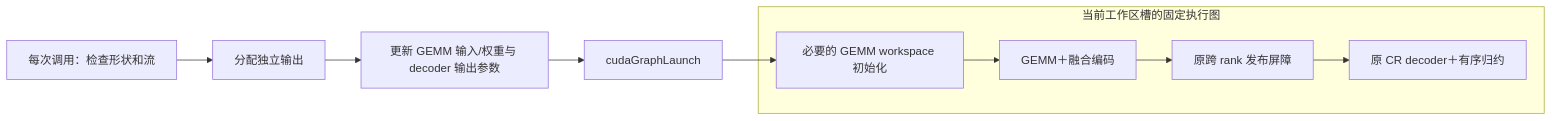
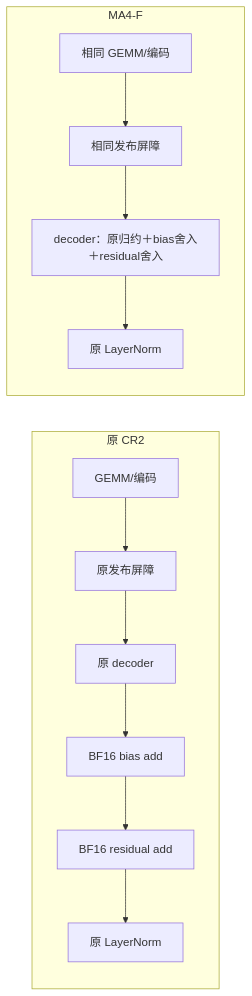
The diagram in docs/design/design-h100/New-Mechanism/ma-4.md (Moon-Run/TempName), drawn with Mermaid before and after one commit. The commit also changed other lines of this file and 45 other files, not shown here.

````diff
--- a/docs/design/design-h100/New-Mechanism/ma-4.md
+++ b/docs/design/design-h100/New-Mechanism/ma-4.md
@@ -51,12 +70,11 @@
 ```mermaid
 flowchart LR
-    H[每次调用：检查形状和流] --> O[分配独立输出]
-    O --> P[更新 GEMM 输入/权重与 decoder 输出参数]
-    P --> L[cudaGraphLaunch]
-    subgraph G[当前工作区槽的固定执行图]
-      Z[必要的 GEMM workspace 初始化] --> M[GEMM＋融合编码]
-      M --> B[原跨 rank 发布屏障]
-      B --> D[原 CR decoder＋有序归约]
+    subgraph CR2[原 CR2]
+      C0[GEMM/编码] --> C1[原发布屏障] --> C2[原 decoder]
+      C2 --> C3[BF16 bias add] --> C4[BF16 residual add] --> C5[原 LayerNorm]
     end
-    L --> Z
+    subgraph F4[MA4-F]
+      F0[相同 GEMM/编码] --> F1[相同发布屏障]
+      F1 --> F2[decoder：原归约＋bias舍入＋residual舍入] --> F3[原 LayerNorm]
+    end
 ```
````
